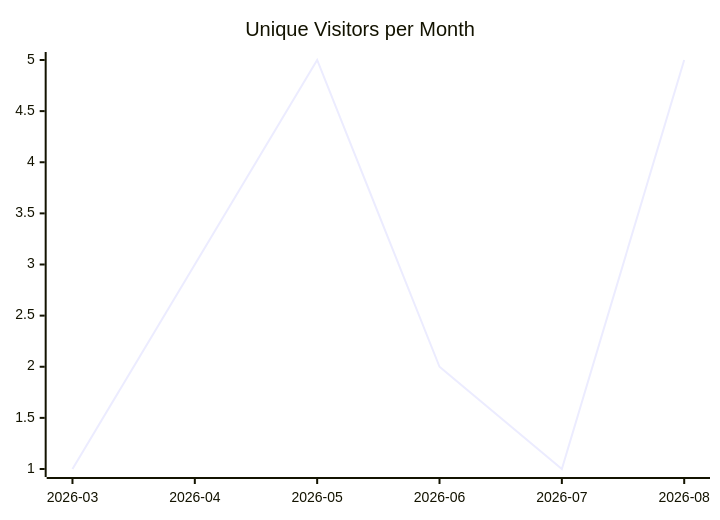
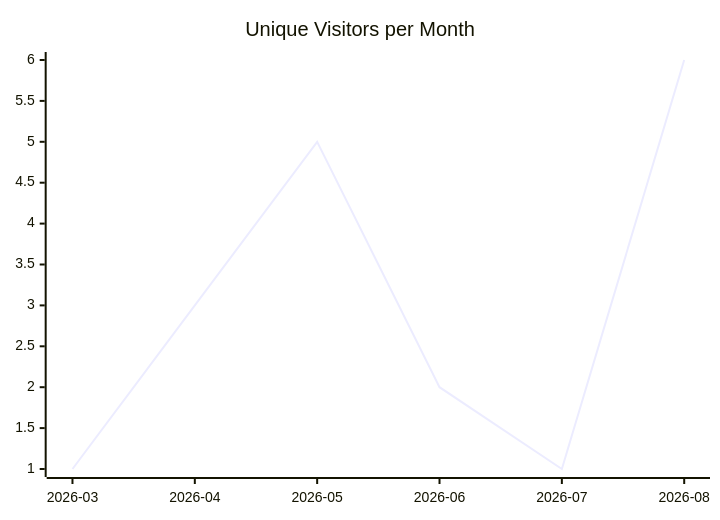
Before and after one commit to justdavis-family/github-analytics-data: the first of 3 diagrams in justdavis-family/justdavis/README.md, drawn with Mermaid. The commit also changed other lines of this file and 190 other files, not shown here.

````diff
--- a/justdavis-family/justdavis/README.md
+++ b/justdavis-family/justdavis/README.md
@@ -5,6 +5,6 @@
 ```mermaid
 xychart-beta
   title "Unique Visitors per Month"
   x-axis ["2026-03", "2026-04", "2026-05", "2026-06", "2026-07", "2026-08"]
-  line [1, 3, 5, 2, 1, 5]
+  line [1, 3, 5, 2, 1, 6]
 ```
````
